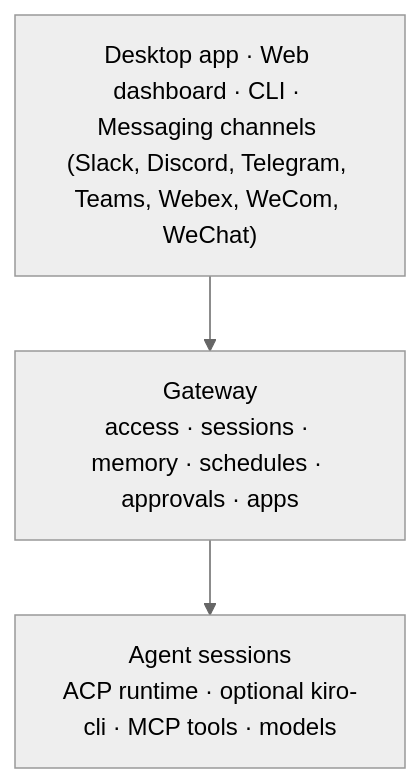
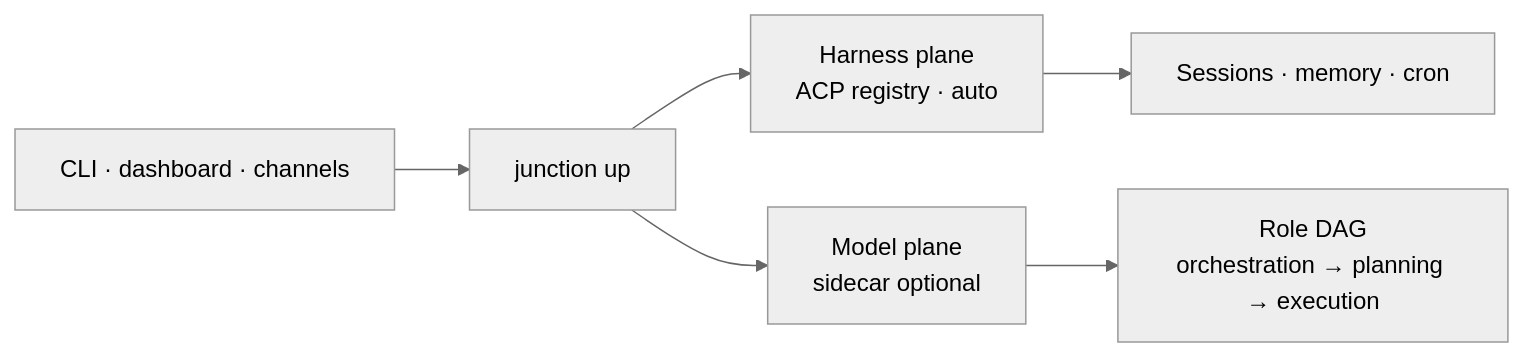
Before and after one commit to laqaer/acpcrew: the diagram in README.md, drawn with Mermaid (neutral theme). The commit also changed other lines of this file and 159 other files, not shown here.

````diff
--- a/README.md
+++ b/README.md
@@ -134,7 +138,8 @@
 ```mermaid
-flowchart TD
-    S["Desktop app · Web dashboard · CLI · Messaging channels (Slack, Discord, Telegram, Teams, Webex, WeCom, WeChat)"]
-    G["Gateway<br/>access · sessions · memory · schedules · approvals · apps"]
-    A["Agent sessions<br/>ACP runtime · optional kiro-cli · MCP tools · models"]
-    S --> G --> A
+flowchart LR
+    U["CLI · dashboard · channels"] --> C["junction up"]
+    C --> H["Harness plane<br/>ACP registry · auto"]
+    C --> M["Model plane<br/>sidecar optional"]
+    H --> S["Sessions · memory · cron"]
+    M --> R["Role DAG<br/>orchestration → planning → execution"]
 ```
````
